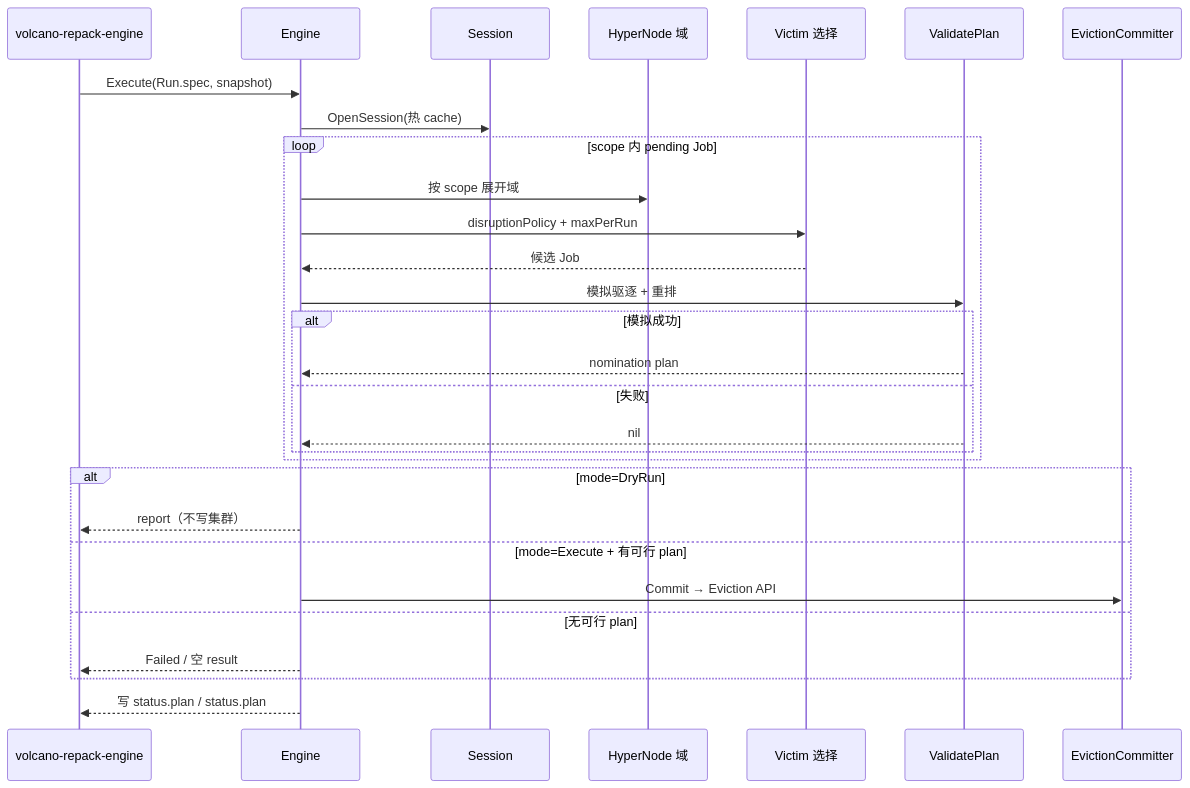
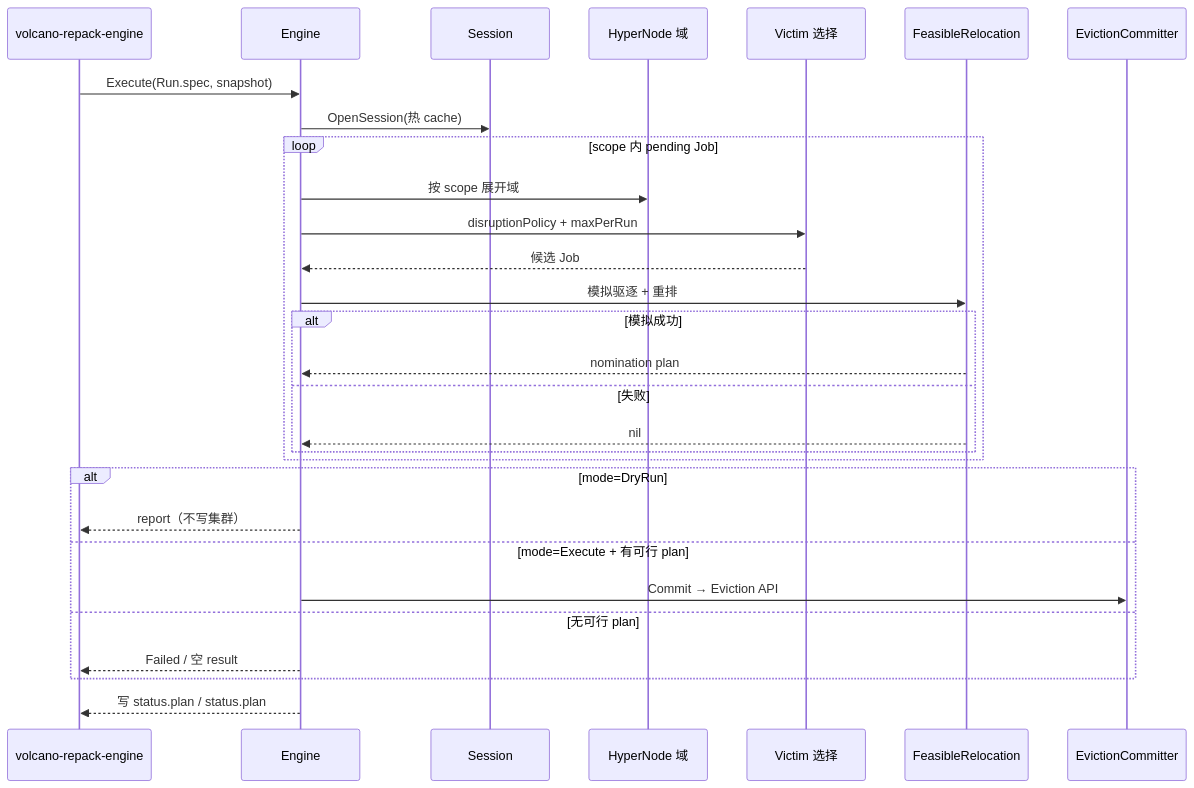
One commit to wangyang0616/volcano changed diagram 20 of 21 in docs/design/repack-policy-design.md. Above: the diagram before and after it, drawn with Mermaid. The commit also changed other lines of this file and 26 other files, not shown here.

````diff
--- a/docs/design/repack-policy-design.md
+++ b/docs/design/repack-policy-design.md
@@ -2867,35 +2869,35 @@
 ```mermaid
 sequenceDiagram
     participant VR as volcano-repack-engine
     participant Eng as Engine
     participant SSN as Session
     participant Dom as HyperNode 域
     participant Vict as Victim 选择
-    participant Sim as ValidatePlan
+    participant Sim as FeasibleRelocation
     participant EVC as EvictionCommitter
 
     VR->>Eng: Execute(Run.spec, snapshot)
     Eng->>SSN: OpenSession(热 cache)
 
     loop scope 内 pending Job
         Eng->>Dom: 按 scope 展开域
         Eng->>Vict: disruptionPolicy + maxPerRun
         Vict-->>Eng: 候选 Job
         Eng->>Sim: 模拟驱逐 + 重排
         alt 模拟成功
             Sim-->>Eng: nomination plan
         else 失败
             Sim-->>Eng: nil
         end
     end
 
     alt mode=DryRun
         Eng-->>VR: report（不写集群）
     else mode=Execute + 有可行 plan
         Eng->>EVC: Commit → Eviction API
     else 无可行 plan
         Eng-->>VR: Failed / 空 result
     end
 
     Eng-->>VR: 写 status.plan / status.plan
 ```
````
